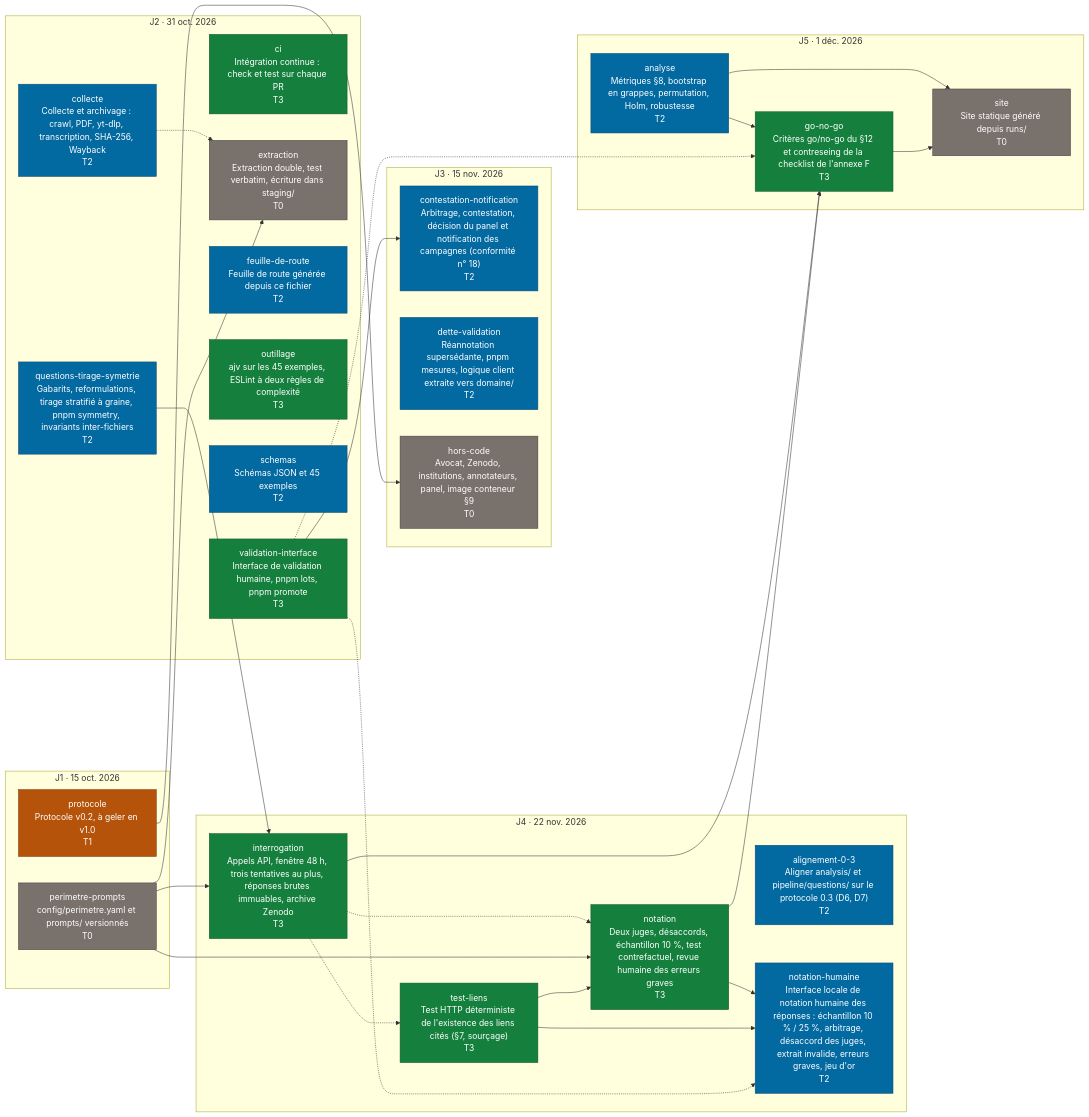
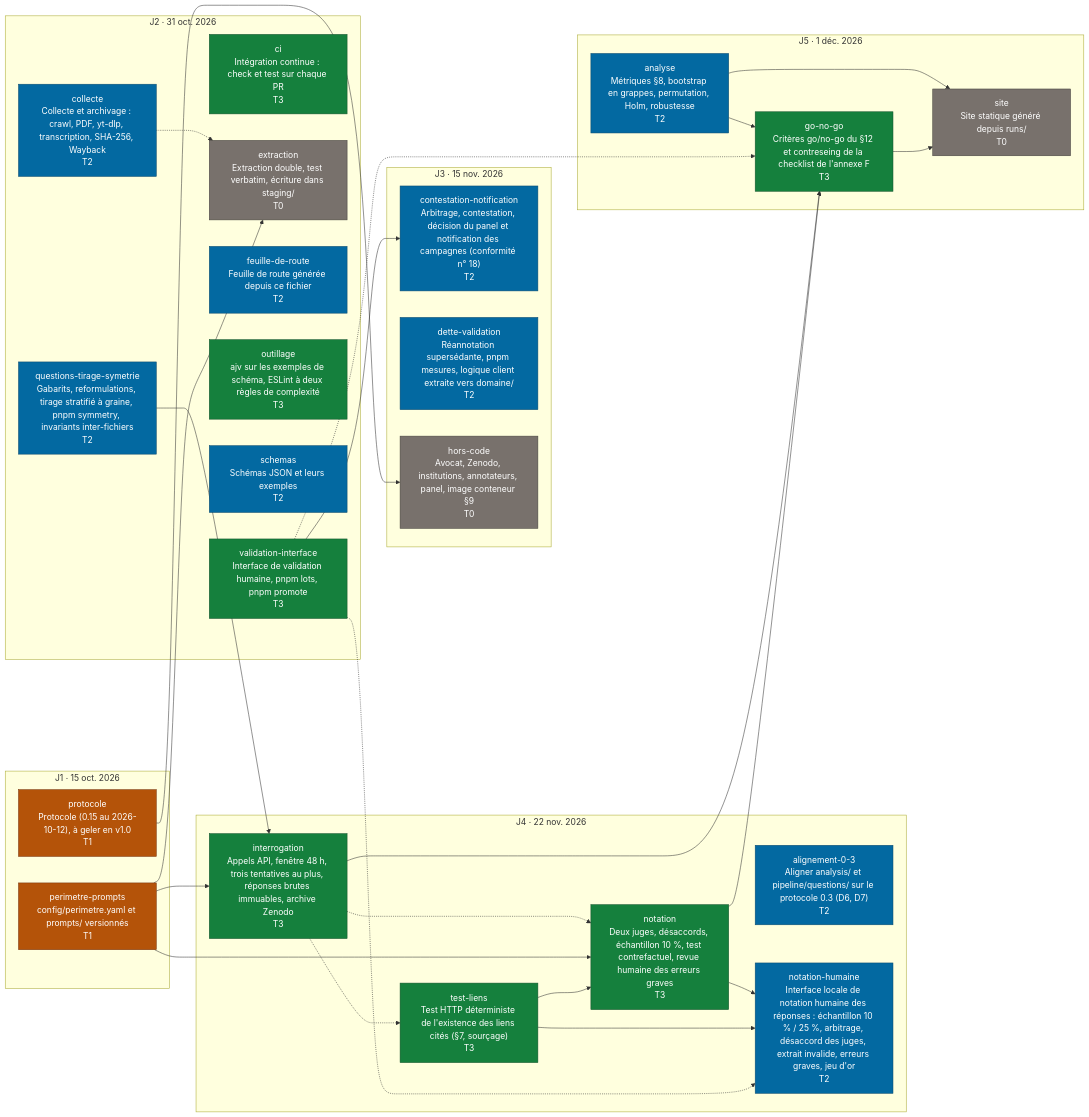
The diagram in docs/FEUILLE-DE-ROUTE.md (AzurNow/DEMOCRACIE_2027), drawn with Mermaid before and after one commit. The commit also changed other lines of this file and 22 other files, not shown here.

````diff
--- a/docs/FEUILLE-DE-ROUTE.md
+++ b/docs/FEUILLE-DE-ROUTE.md
@@ -155,59 +155,59 @@
 ```mermaid
 flowchart LR
   subgraph jalon_J1["J1 · 15 oct. 2026"]
-    lot_perimetre_prompts["perimetre-prompts<br/>config/perimetre.yaml et prompts/ versionnés<br/>T0"]:::T0
-    lot_protocole["protocole<br/>Protocole v0.2, à geler en v1.0<br/>T1"]:::T1
+    lot_perimetre_prompts["perimetre-prompts<br/>config/perimetre.yaml et prompts/ versionnés<br/>T1"]:::T1
+    lot_protocole["protocole<br/>Protocole (0.15 au 2026-10-12), à geler en v1.0<br/>T1"]:::T1
   end
   subgraph jalon_J2["J2 · 31 oct. 2026"]
     lot_ci["ci<br/>Intégration continue : check et test sur chaque PR<br/>T3"]:::T3
     lot_collecte["collecte<br/>Collecte et archivage : crawl, PDF, yt-dlp, transcription, SHA-256, Wayback<br/>T2"]:::T2
     lot_extraction["extraction<br/>Extraction double, test verbatim, écriture dans staging/<br/>T0"]:::T0
     lot_feuille_de_route["feuille-de-route<br/>Feuille de route générée depuis ce fichier<br/>T2"]:::T2
-    lot_outillage["outillage<br/>ajv sur les 45 exemples, ESLint à deux règles de complexité<br/>T3"]:::T3
+    lot_outillage["outillage<br/>ajv sur les exemples de schéma, ESLint à deux règles de complexité<br/>T3"]:::T3
     lot_questions_tirage_symetrie["questions-tirage-symetrie<br/>Gabarits, reformulations, tirage stratifié à graine, pnpm symmetry, invariants inter-fichiers<br/>T2"]:::T2
-    lot_schemas["schemas<br/>Schémas JSON et 45 exemples<br/>T2"]:::T2
+    lot_schemas["schemas<br/>Schémas JSON et leurs exemples<br/>T2"]:::T2
     lot_validation_interface["validation-interface<br/>Interface de validation humaine, pnpm lots, pnpm promote<br/>T3"]:::T3
   end
   subgraph jalon_J3["J3 · 15 nov. 2026"]
     lot_contestation_notification["contestation-notification<br/>Arbitrage, contestation, décision du panel et notification des campagnes (conformité n° 18)<br/>T2"]:::T2
     lot_dette_validation["dette-validation<br/>Réannotation supersédante, pnpm mesures, logique client extraite vers domaine/<br/>T2"]:::T2
     lot_hors_code["hors-code<br/>Avocat, Zenodo, institutions, annotateurs, panel, image conteneur §9<br/>T0"]:::T0
   end
   subgraph jalon_J4["J4 · 22 nov. 2026"]
     lot_alignement_0_3["alignement-0-3<br/>Aligner analysis/ et pipeline/questions/ sur le protocole 0.3 (D6, D7)<br/>T2"]:::T2
     lot_interrogation["interrogation<br/>Appels API, fenêtre 48 h, trois tentatives au plus, réponses brutes immuables, archive Zenodo<br/>T3"]:::T3
     lot_notation["notation<br/>Deux juges, désaccords, échantillon 10 %, test contrefactuel, revue humaine des erreurs graves<br/>T3"]:::T3
     lot_notation_humaine["notation-humaine<br/>Interface locale de notation humaine des réponses : échantillon 10 % / 25 %, arbitrage, désaccord des juges, extrait invalide, erreurs graves, jeu d'or<br/>T2"]:::T2
     lot_test_liens["test-liens<br/>Test HTTP déterministe de l'existence des liens cités (§7, sourçage)<br/>T3"]:::T3
   end
   subgraph jalon_J5["J5 · 1 déc. 2026"]
     lot_analyse["analyse<br/>Métriques §8, bootstrap en grappes, permutation, Holm, robustesse<br/>T2"]:::T2
     lot_go_no_go["go-no-go<br/>Critères go/no-go du §12 et contreseing de la checklist de l'annexe F<br/>T3"]:::T3
     lot_site["site<br/>Site statique généré depuis runs/<br/>T0"]:::T0
   end
   lot_validation_interface --> lot_contestation_notification
   lot_collecte -.-> lot_extraction
   lot_perimetre_prompts --> lot_extraction
   lot_analyse --> lot_go_no_go
   lot_interrogation --> lot_go_no_go
   lot_notation --> lot_go_no_go
   lot_validation_interface -.-> lot_go_no_go
   lot_protocole --> lot_hors_code
   lot_perimetre_prompts --> lot_interrogation
   lot_questions_tirage_symetrie --> lot_interrogation
   lot_interrogation -.-> lot_notation
   lot_perimetre_prompts --> lot_notation
   lot_test_liens --> lot_notation
   lot_notation --> lot_notation_humaine
   lot_test_liens --> lot_notation_humaine
   lot_validation_interface -.-> lot_notation_humaine
   lot_analyse --> lot_site
   lot_go_no_go --> lot_site
   lot_interrogation -.-> lot_test_liens
   classDef T0 fill:#78716c,color:#ffffff,stroke:#44403c
   classDef T1 fill:#b45309,color:#ffffff,stroke:#78350f
   classDef T2 fill:#0369a1,color:#ffffff,stroke:#0c4a6e
   classDef T3 fill:#15803d,color:#ffffff,stroke:#14532d
   classDef T4 fill:#1d4ed8,color:#ffffff,stroke:#1e3a8a
   classDef decision fill:#b91c1c,color:#ffffff,stroke:#7f1d1d
 ```
````
